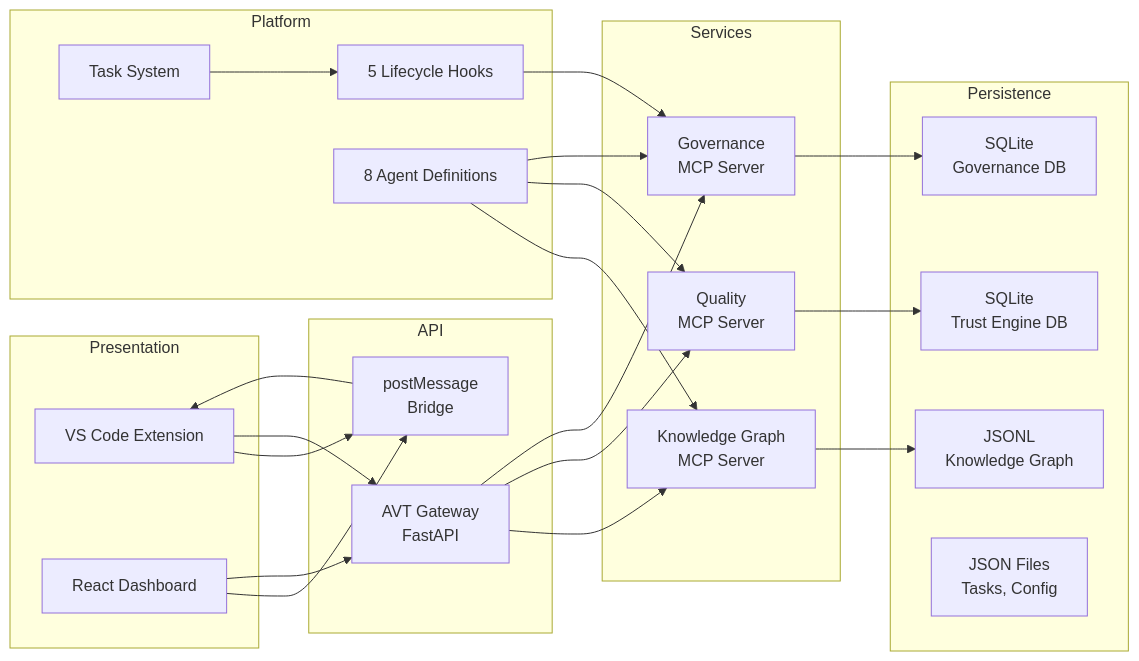
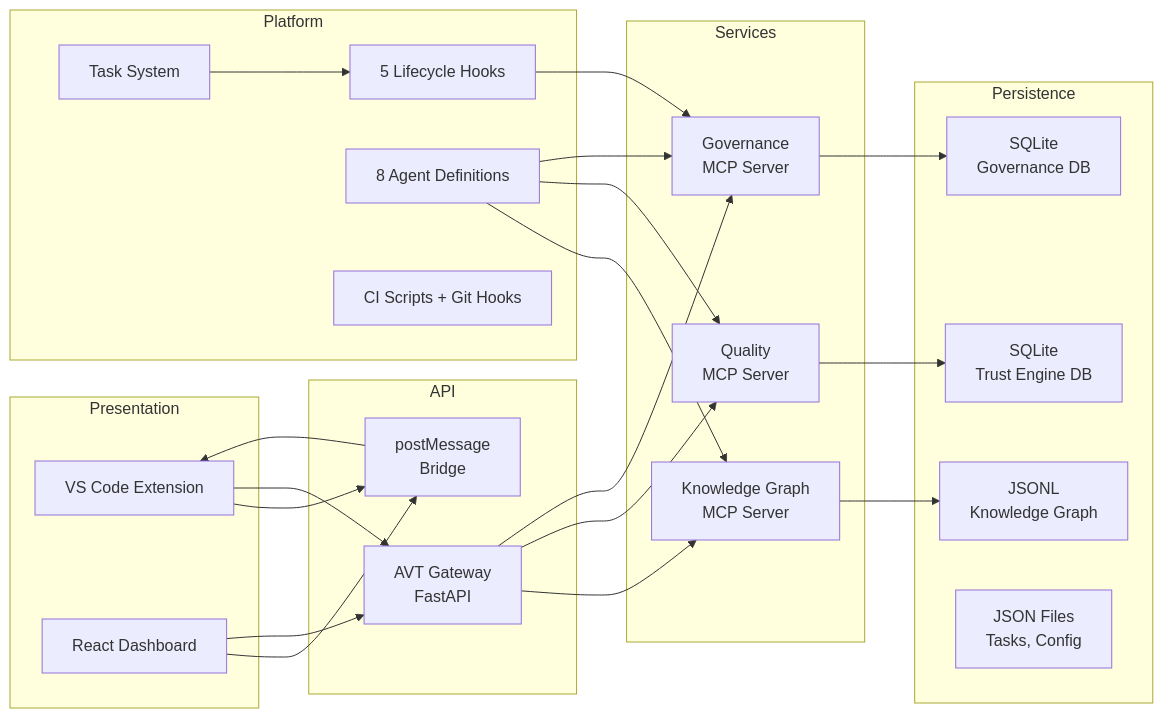
One commit to sirfifer/agent-vision-team changed the second of 2 diagrams in docs/architecture/overview.md. Above: the diagram before and after it, drawn with Mermaid. The commit also changed other lines of this file and 3 other files, not shown here.

````diff
--- a/docs/architecture/overview.md
+++ b/docs/architecture/overview.md
@@ -56,48 +56,49 @@
 ```mermaid
 graph LR
     subgraph Presentation
         Ext[VS Code Extension]
         Dash[React Dashboard]
     end
 
     subgraph API
         GW[AVT Gateway<br/>FastAPI]
         PM[postMessage<br/>Bridge]
     end
 
     subgraph Services
         KG[Knowledge Graph<br/>MCP Server]
         QS[Quality<br/>MCP Server]
         GOV[Governance<br/>MCP Server]
     end
 
     subgraph Persistence
         JSONL[JSONL<br/>Knowledge Graph]
         SQLite1[SQLite<br/>Governance DB]
         SQLite2[SQLite<br/>Trust Engine DB]
         JSON[JSON Files<br/>Tasks, Config]
     end
 
     subgraph Platform
         Hooks[5 Lifecycle Hooks]
         Agents[8 Agent Definitions]
         Tasks[Task System]
+        CI[CI Scripts + Git Hooks]
     end
 
     Ext --> PM
     Ext --> GW
     Dash --> PM
     Dash --> GW
     GW --> KG
     GW --> QS
     GW --> GOV
     PM --> Ext
     KG --> JSONL
     GOV --> SQLite1
     QS --> SQLite2
     Hooks --> GOV
     Agents --> KG
     Agents --> QS
     Agents --> GOV
     Tasks --> Hooks
 ```
````
